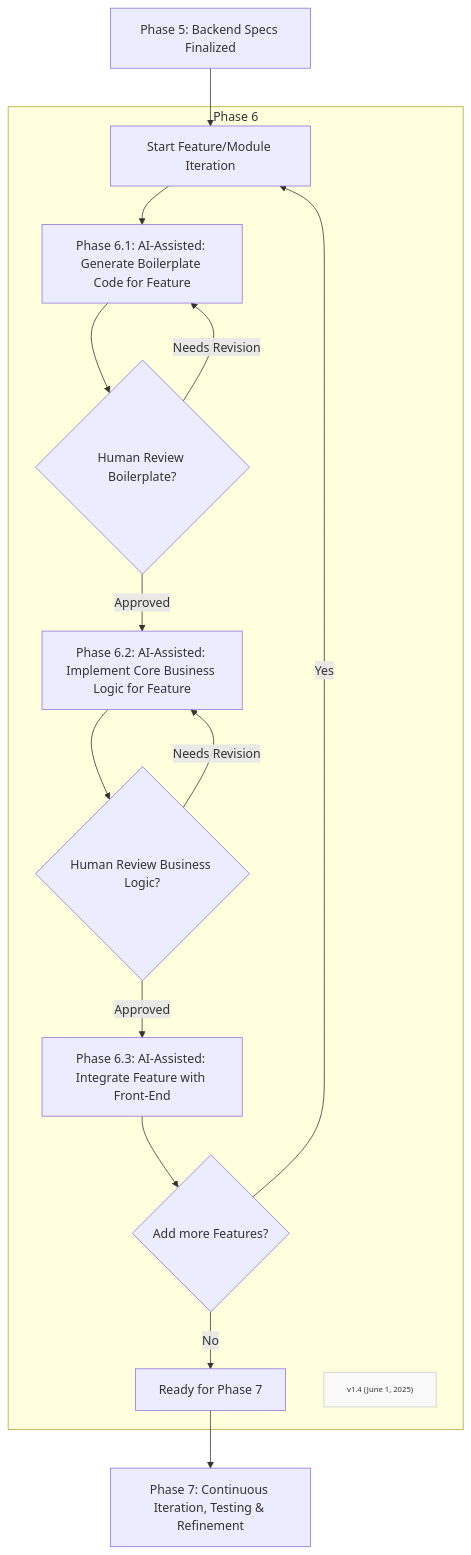
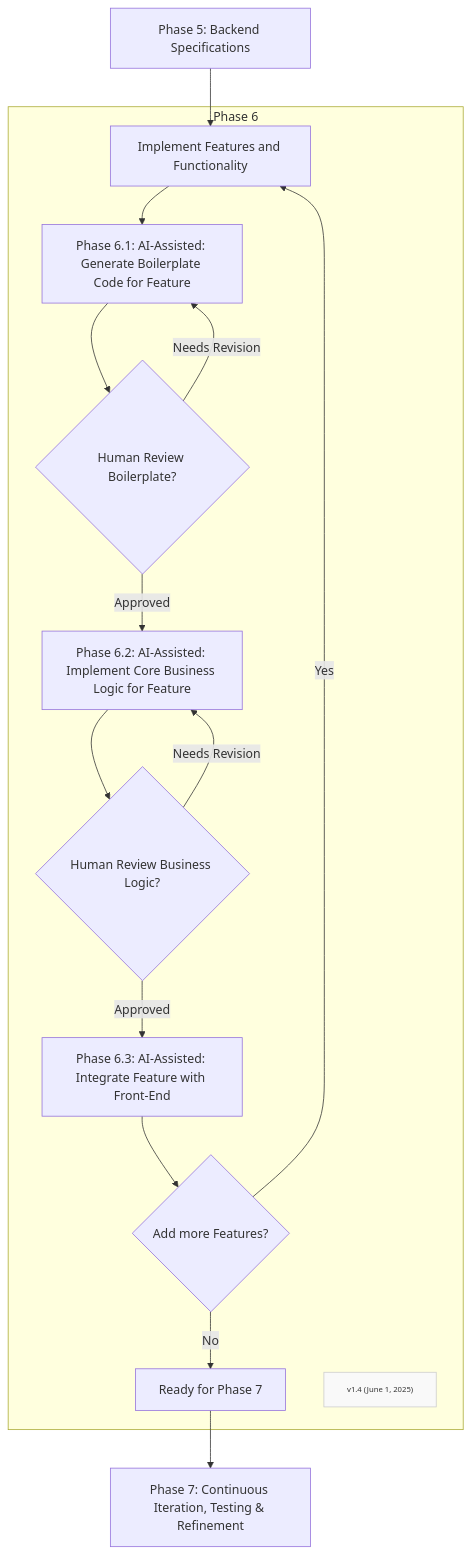
Before and after one commit to Mharbulous/Front-First-Method: the diagram in Phases/FF-phase6.md, drawn with Mermaid. The commit also changed 7 other files, not shown here.

````diff
--- a/Phases/FF-phase6.md
+++ b/Phases/FF-phase6.md
@@ -2,22 +2,22 @@
 ```mermaid
 graph TD
-    D_Spec["Phase 5: Backend Specs Finalized"] --> D_Loop_Start["Start Feature/Module Iteration"]
+    D_Spec["Phase 5: Backend Specifications"] --> D_Loop_Start["Implement Features and Functionality"]
     
     subgraph Phase6 ["Phase 6"]
         D_Loop_Start --> Phase6_1["Phase 6.1: AI-Assisted: Generate Boilerplate Code for Feature"]
         Phase6_1 --> Phase6_1_Val{"Human Review Boilerplate?"}
         Phase6_1_Val -->|Needs Revision| Phase6_1
         Phase6_1_Val -->|Approved| Phase6_2["Phase 6.2: AI-Assisted: Implement Core Business Logic for Feature"]
         Phase6_2 --> Phase6_2_Val{"Human Review Business Logic?"}
         Phase6_2_Val -->|Needs Revision| Phase6_2
         Phase6_2_Val -->|Approved| Phase6_3["Phase 6.3: AI-Assisted: Integrate Feature with Front-End"]
         Phase6_3 --> D_Loop_Check{"Add more Features?"}
         D_Loop_Check -->|Yes| D_Loop_Start
         D_Loop_Check -->|No| ReadyForPhase7["Ready for Phase 7"]
         Version["v1.4 (June 1, 2025)"]
         classDef version fill:#f9f9f9,stroke:#ccc,font-size:10px
         class Version version
     end
 
 ReadyForPhase7 --> Phase7["Phase 7: Continuous Iteration, Testing & Refinement"]
 ```
````
